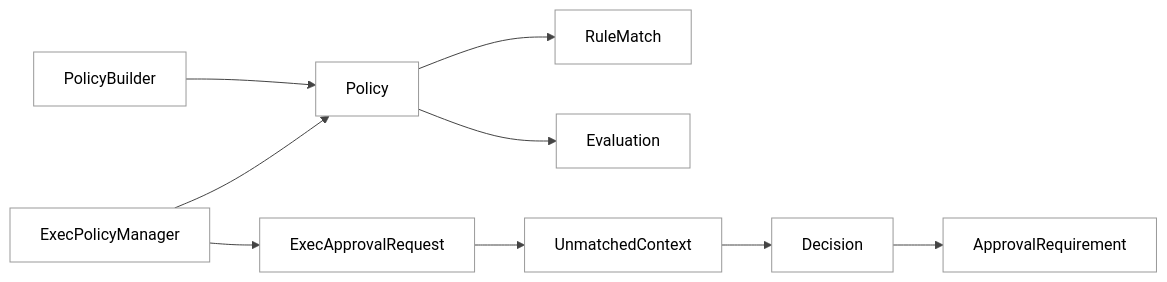
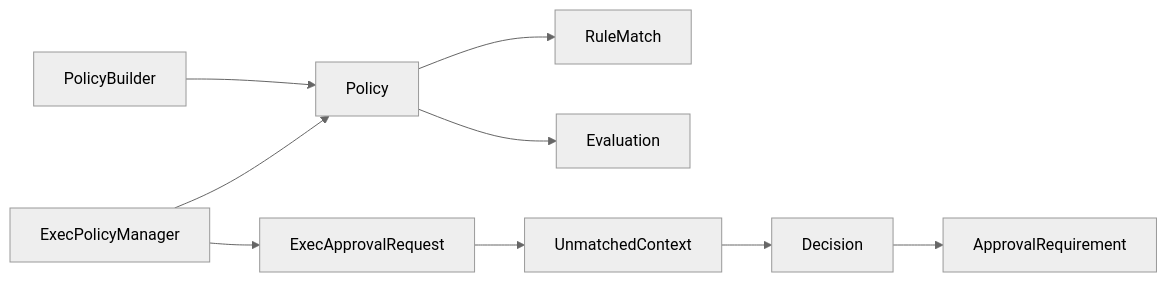
One commit to GLBB/codex-source-analysis changed the sixth of 6 diagrams in Part II Source Analysis/14-执行策略Starlark.md. Above: the diagram before and after it, drawn with Mermaid. The commit also changed other lines of this file and 29 other files, not shown here.

````diff
--- a/Part II Source Analysis/14-执行策略Starlark.md
+++ b/Part II Source Analysis/14-执行策略Starlark.md
@@ -1032,12 +1032,12 @@
 ```mermaid
-%%{init: {"theme":"neutral","themeCSS":"svg { background: #ffffff !important; }","themeVariables":{"background":"#ffffff","mainBkg":"#ffffff","primaryColor":"#ffffff","secondaryColor":"#ffffff","tertiaryColor":"#ffffff","primaryTextColor":"#000000","primaryBorderColor":"#333333","lineColor":"#444444","textColor":"#000000","edgeLabelBackground":"#ffffff","fontFamily":"Helvetica"}}}%%
+%%{init:{'theme':'neutral','themeVariables':{'background':'#ffffff'}}}%%
 flowchart LR
     A["PolicyBuilder"] --> B["Policy"]
     B --> C["RuleMatch"]
     B --> D["Evaluation"]
     E["ExecPolicyManager"] --> B
     E --> F["ExecApprovalRequest"]
     F --> G["UnmatchedContext"]
     G --> H["Decision"]
     H --> I["ApprovalRequirement"]
 ```
````
